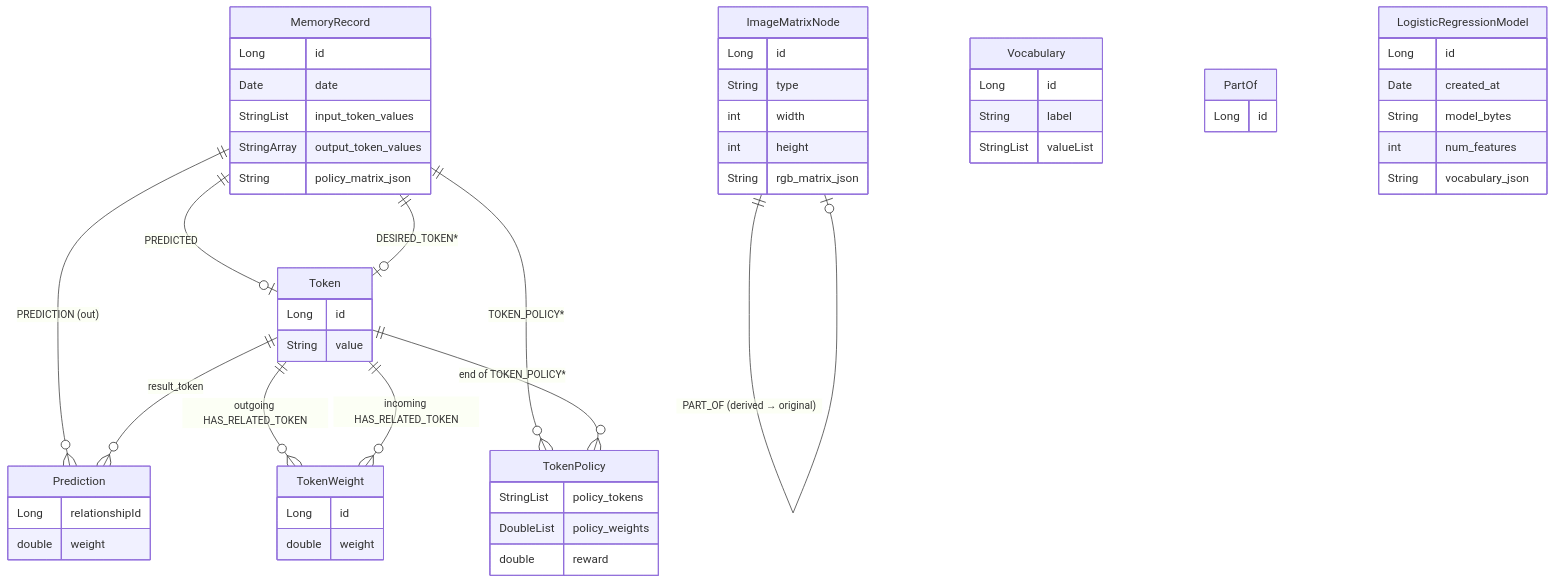
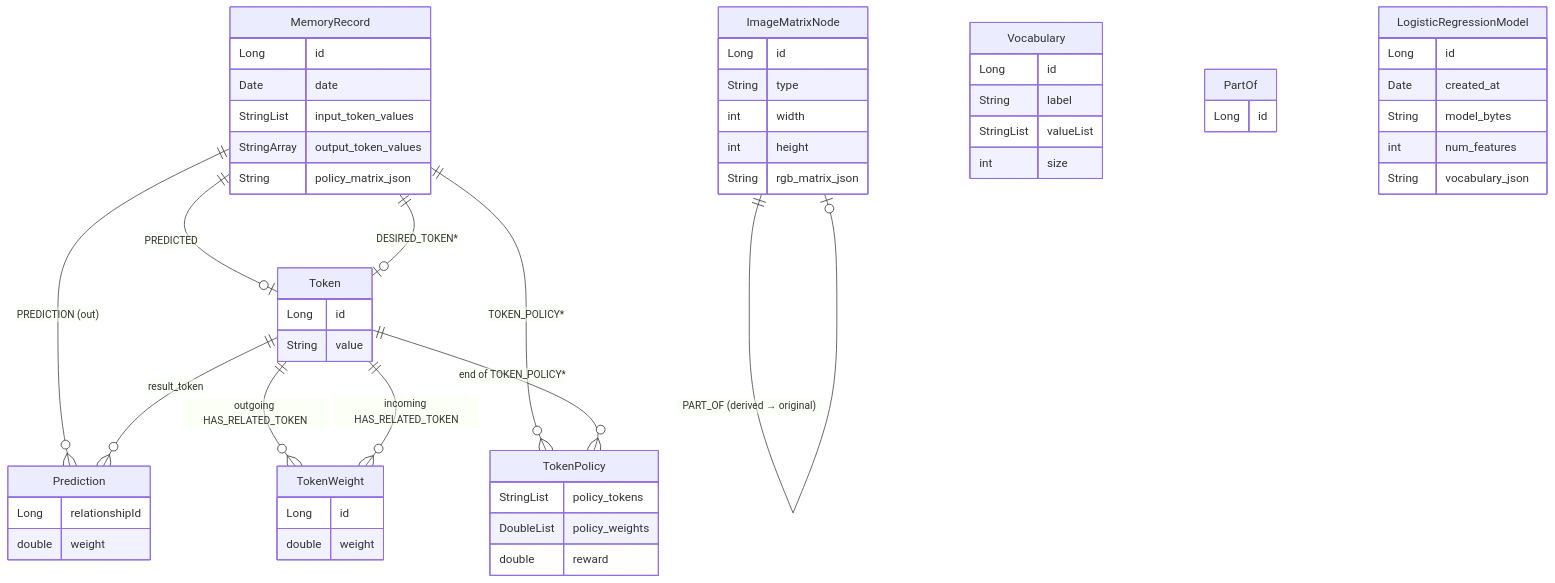
One commit to brandonkindred/Deepthought changed the diagram in docs/DATA_MODEL.md. Above: the diagram before and after it, drawn with Mermaid. The commit also changed other lines of this file and 1 other file, not shown here.

````diff
--- a/docs/DATA_MODEL.md
+++ b/docs/DATA_MODEL.md
@@ -17,59 +17,60 @@
 ```mermaid
 erDiagram
     Token ||--o{ TokenWeight : "outgoing HAS_RELATED_TOKEN"
     Token ||--o{ TokenWeight : "incoming HAS_RELATED_TOKEN"
     MemoryRecord ||--o{ Prediction : "PREDICTION (out)"
     Token ||--o{ Prediction : "result_token"
     MemoryRecord ||--o| Token : "PREDICTED"
     MemoryRecord ||--o| Token : "DESIRED_TOKEN*"
     MemoryRecord ||--o{ TokenPolicy : "TOKEN_POLICY*"
     Token ||--o{ TokenPolicy : "end of TOKEN_POLICY*"
     ImageMatrixNode ||--o| ImageMatrixNode : "PART_OF (derived → original)"
 
     Token {
         Long id
         String value
     }
     Vocabulary {
         Long id
         String label
         StringList valueList
+        int size
     }
     MemoryRecord {
         Long id
         Date date
         StringList input_token_values
         StringArray output_token_values
         String policy_matrix_json
     }
     TokenWeight {
         Long id
         double weight
     }
     Prediction {
         Long relationshipId
         double weight
     }
     TokenPolicy {
         StringList policy_tokens
         DoubleList policy_weights
         double reward
     }
     ImageMatrixNode {
         Long id
         String type
         int width
         int height
         String rgb_matrix_json
     }
     PartOf {
         Long id
     }
     LogisticRegressionModel {
         Long id
         Date created_at
         String model_bytes
         int num_features
         String vocabulary_json
     }
 ```
````
